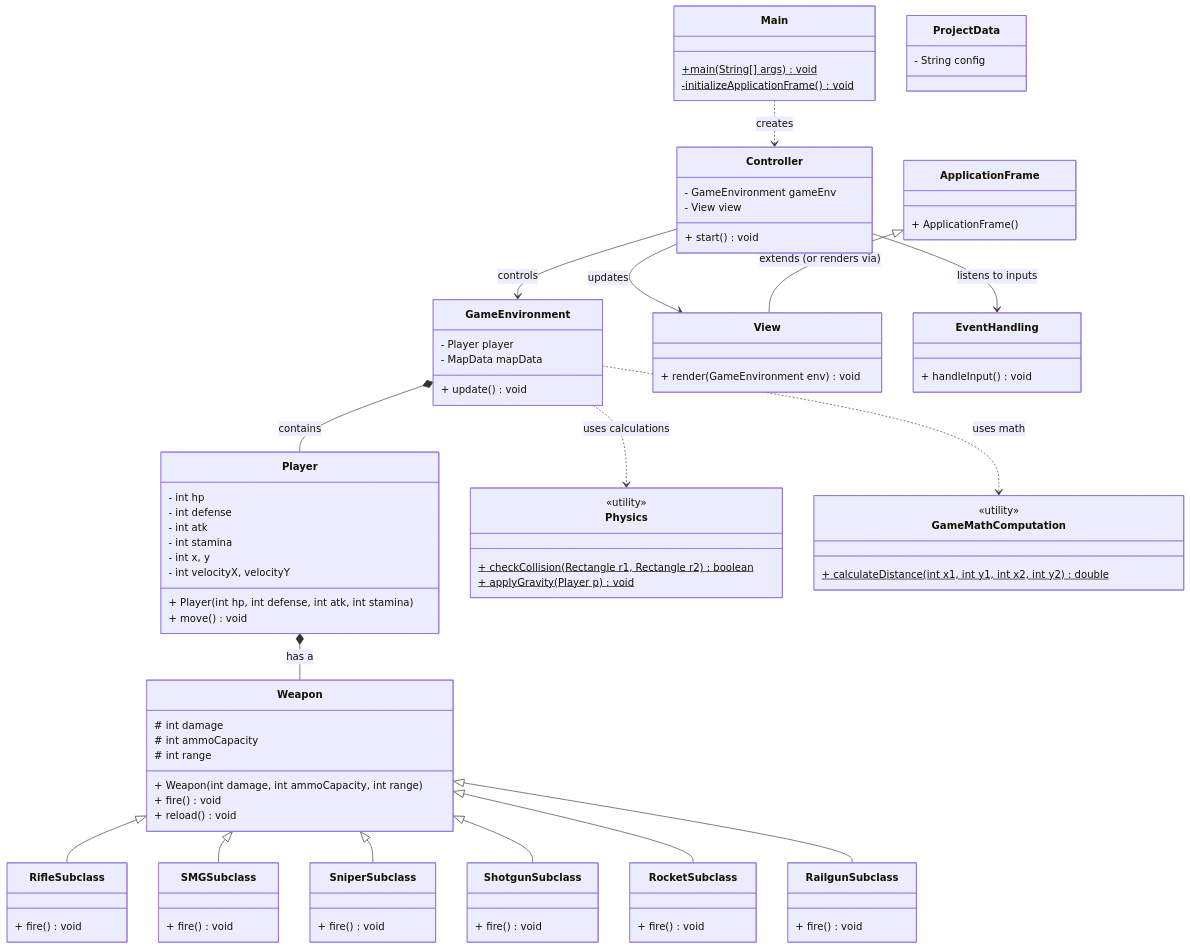
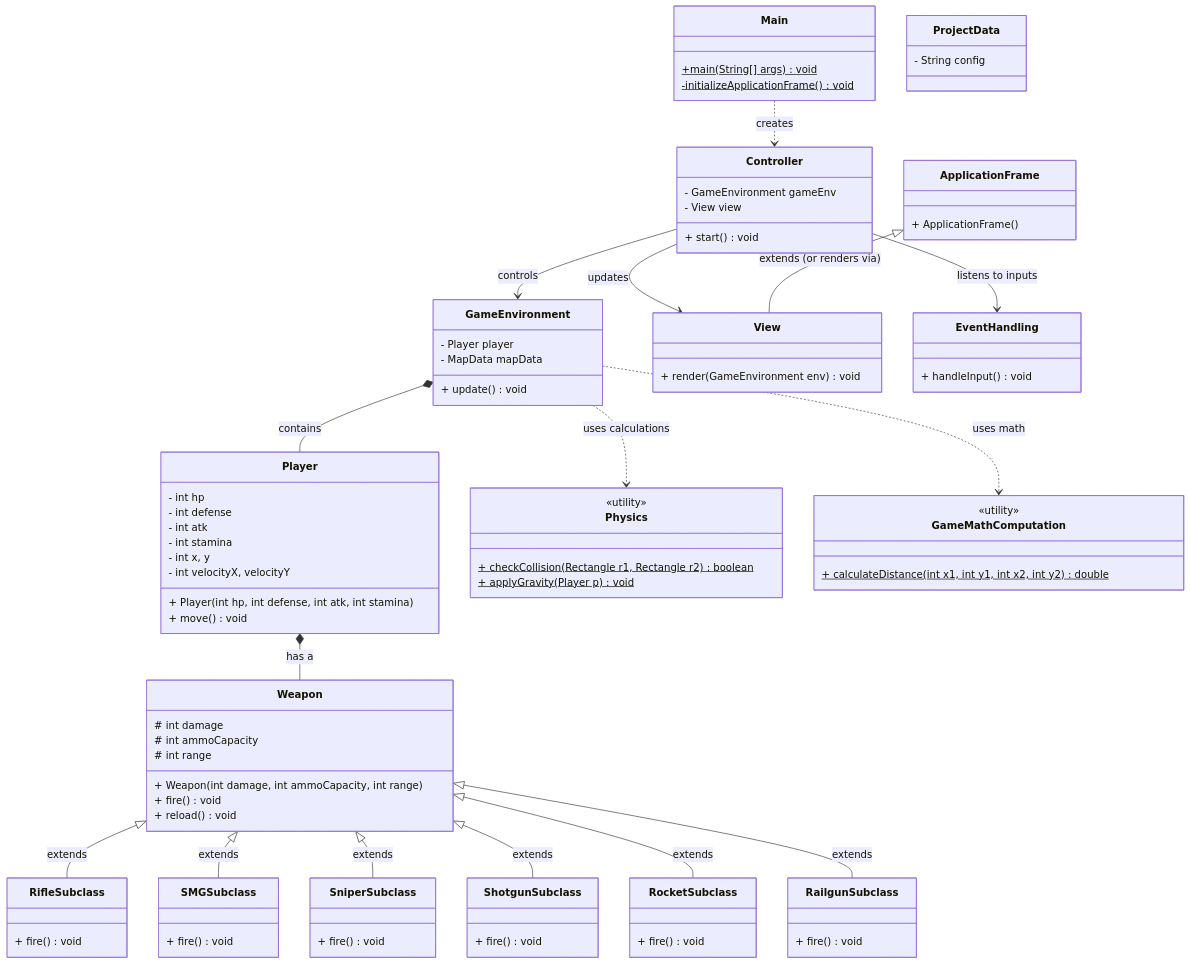
One commit to Duckyduckyquac/CSS123P_FinalProject changed the diagram in diagram.md. Above: the diagram before and after it, drawn with Mermaid.

```diff
--- a/diagram.md
+++ b/diagram.md
@@ -68,12 +68,12 @@
 }
 
 %% Inheritance relationships
-Weapon <|-- RifleSubclass
-Weapon <|-- SMGSubclass
-Weapon <|-- SniperSubclass
-Weapon <|-- ShotgunSubclass
-Weapon <|-- RocketSubclass
-Weapon <|-- RailgunSubclass
+Weapon <|-- RifleSubclass:extends
+Weapon <|-- SMGSubclass:extends
+Weapon <|-- SniperSubclass:extends
+Weapon <|-- ShotgunSubclass:extends
+Weapon <|-- RocketSubclass:extends
+Weapon <|-- RailgunSubclass:extends
 class Physics {
     <<utility>>
     + checkCollision(Rectangle r1, Rectangle r2)$ boolean
```
